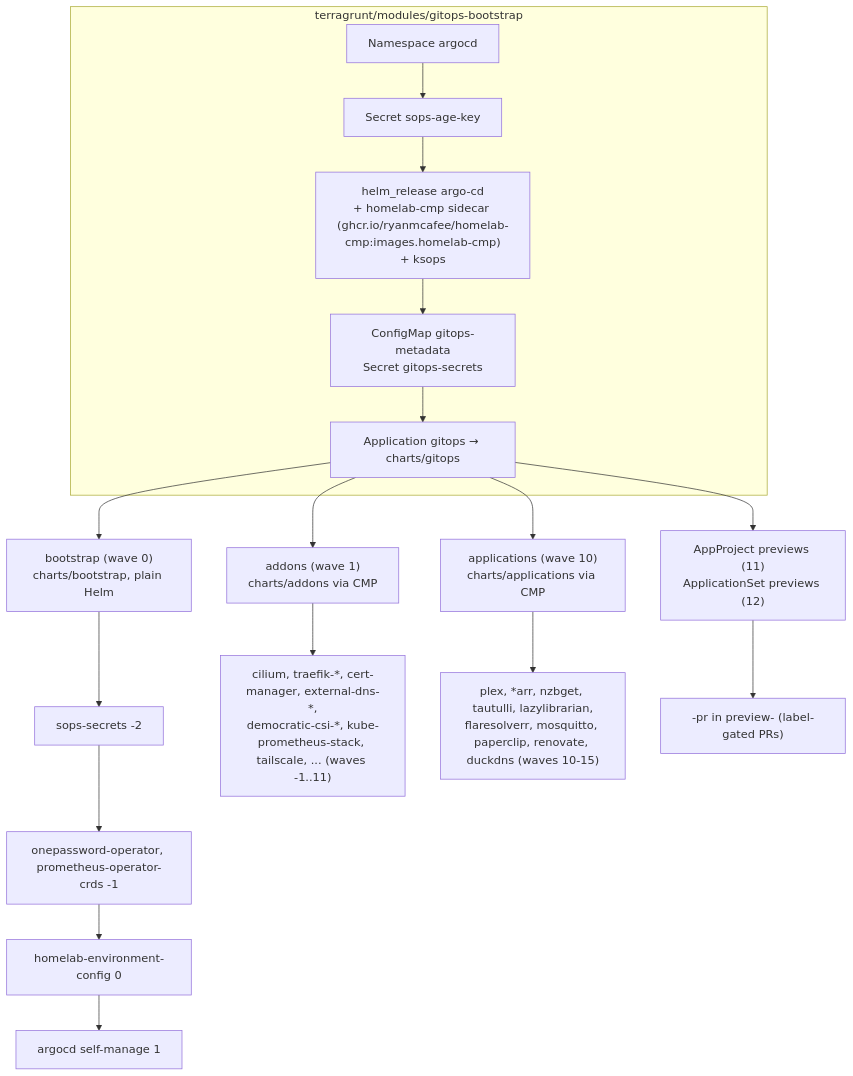
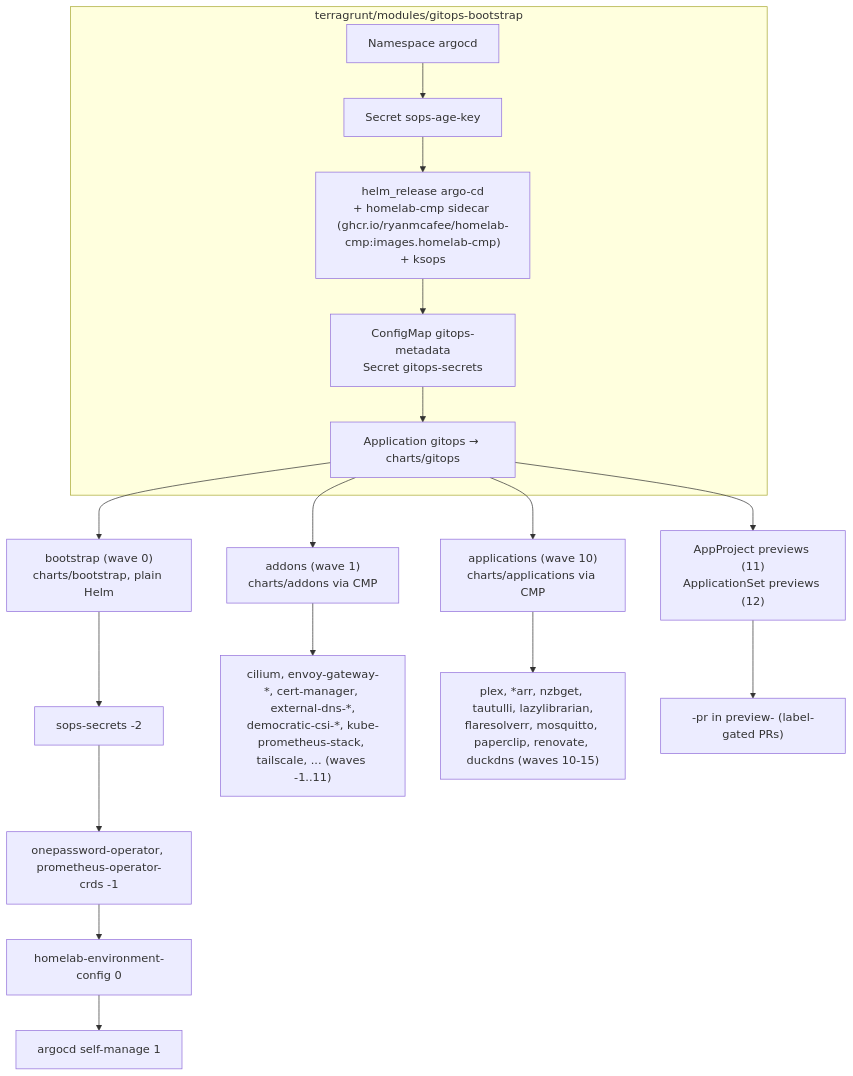
The second of 5 diagrams in docs/architecture.md (ryanmcafee/homelab), drawn with Mermaid before and after one commit. The commit also changed other lines of this file and 281 other files, not shown here.

````diff
--- a/docs/architecture.md
+++ b/docs/architecture.md
@@ -110,17 +110,17 @@
 ```mermaid
 flowchart TB
   subgraph tf["terragrunt/modules/gitops-bootstrap"]
     ns[Namespace argocd] --> key[Secret sops-age-key]
     key --> helm["helm_release argo-cd\n+ homelab-cmp sidecar (ghcr.io/ryanmcafee/homelab-cmp:images.homelab-cmp)\n+ ksops"]
     helm --> meta[ConfigMap gitops-metadata\nSecret gitops-secrets]
     meta --> root[Application gitops → charts/gitops]
   end
   root --> boot["bootstrap (wave 0)\ncharts/bootstrap, plain Helm"]
   root --> addons["addons (wave 1)\ncharts/addons via CMP"]
   root --> apps["applications (wave 10)\ncharts/applications via CMP"]
   root --> prev["AppProject previews (11)\nApplicationSet previews (12)"]
   boot --> b1[sops-secrets -2] --> b2["onepassword-operator, prometheus-operator-crds -1"] --> b3[homelab-environment-config 0] --> b4[argocd self-manage 1]
-  addons --> a1["cilium, traefik-*, cert-manager, external-dns-*,\ndemocratic-csi-*, kube-prometheus-stack, tailscale, ... (waves -1..11)"]
+  addons --> a1["cilium, envoy-gateway-*, cert-manager, external-dns-*,\ndemocratic-csi-*, kube-prometheus-stack, tailscale, ... (waves -1..11)"]
   apps --> p1["plex, *arr, nzbget, tautulli, lazylibrarian,\nflaresolverr, mosquitto, paperclip, renovate, duckdns (waves 10-15)"]
   prev --> pr["<app>-pr<N> in preview-<N> (label-gated PRs)"]
 ```
````
